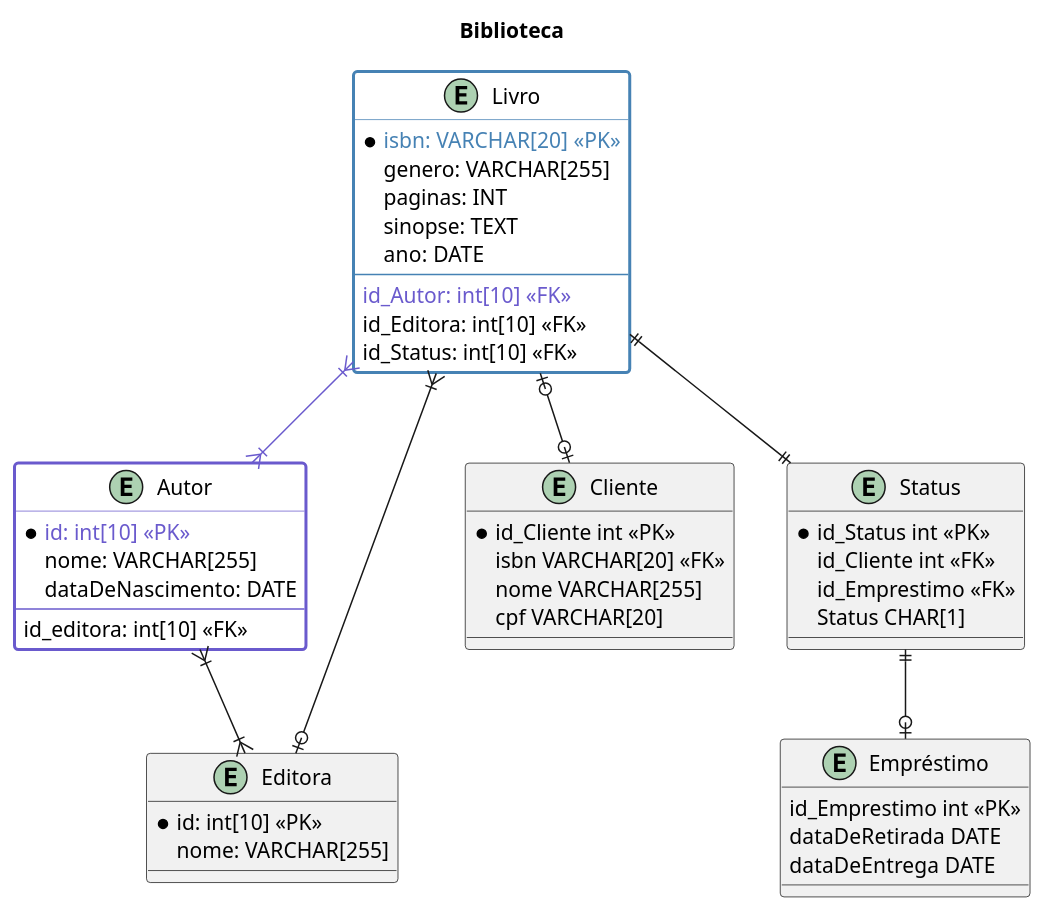
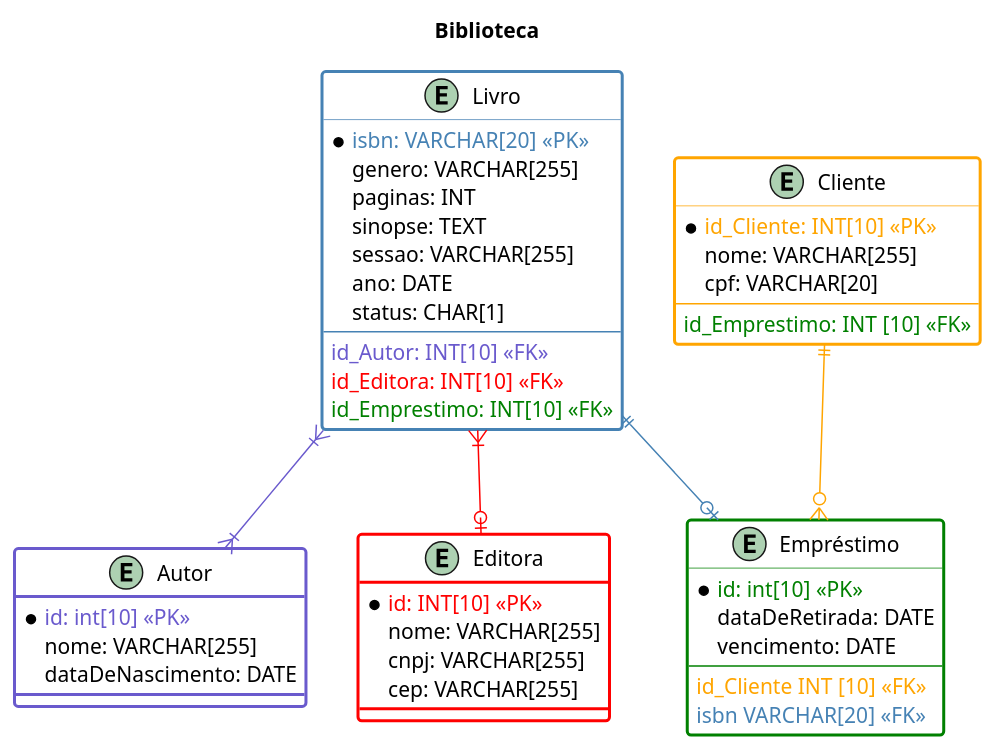
Before and after one commit to galaticghost/guieq.klarrind: the diagram in Modelagem/biblioteca.wsd, drawn with PlantUML. The commit also changed 1 other file, not shown here.

```diff
--- a/Modelagem/biblioteca.wsd
+++ b/Modelagem/biblioteca.wsd
@@ -1,56 +1,55 @@
 @startuml biblioteca
 title Biblioteca
 
 entity Livro #white;line.bold;line:SteelBlue{
     *<color: SteelBlue>isbn: VARCHAR[20] <<PK>>
     genero: VARCHAR[255]
     paginas: INT
     sinopse: TEXT
+    sessao: VARCHAR[255]
     ano: DATE
+    status: CHAR[1]
     --
-    <color: SlateBlue>id_Autor: int[10] <<FK>>
-    id_Editora: int[10] <<FK>>
-    id_Status: int[10] <<FK>>
+    <color: SlateBlue>id_Autor: INT[10] <<FK>>
+    <color: Red>id_Editora: INT[10] <<FK>>
+    <color: Green>id_Emprestimo: INT[10] <<FK>>
 }
 
 entity Autor #white;line.bold;line:Slateblue{
     *<color: SlateBlue>id: int[10] <<PK>>
     nome: VARCHAR[255]
     dataDeNascimento: DATE
-    --
-    id_editora: int[10] <<FK>>
+
+
 }
 
-entity Editora{
-    *id: int[10] <<PK>>
+entity Editora #white;line.bold;line:Red{
+    *<color: Red>id: INT[10] <<PK>>
     nome: VARCHAR[255]
+    cnpj: VARCHAR[255]
+    cep: VARCHAR[255]
     
 }
 
-entity Cliente{
-    *id_Cliente int <<PK>>
-    isbn VARCHAR[20] <<FK>>
-    nome VARCHAR[255]
-    cpf VARCHAR[20]
+entity Empréstimo #white;line.bold;line:Green{
+    *<color: Green>id: int[10] <<PK>>
+    dataDeRetirada: DATE
+    vencimento: DATE  
+    --
+    <color: Orange>id_Cliente INT [10] <<FK>>
+    <color: SteelBlue>isbn VARCHAR[20] <<FK>>
 }
 
-entity Status{
-    *id_Status int <<PK>>
-    id_Cliente int <<FK>>
-    id_Emprestimo <<FK>>
-    Status CHAR[1]
+entity Cliente #white;line.bold;line:Orange{
+    *<color: Orange>id_Cliente: INT[10] <<PK>>
+    nome: VARCHAR[255]
+    cpf: VARCHAR[20]
+    --
+    <color: Green>id_Emprestimo: INT [10] <<FK>>
 }
 
-entity Empréstimo{
-    id_Emprestimo int <<PK>>
-    dataDeRetirada DATE
-    dataDeEntrega DATE    
-}
-
-Livro ||--|| Status
 Livro }|-[#SlateBlue]-|{ Autor
-Livro }|--o| Editora
-Livro |o--o| Cliente
-Autor }|--|{ Editora
-Status ||--o| Empréstimo
+Livro }|-[#Red]-o| Editora
+Livro ||-[#SteelBlue]-o| Empréstimo
+Cliente ||-[#Orange]-o{ Empréstimo
 @enduml
```
